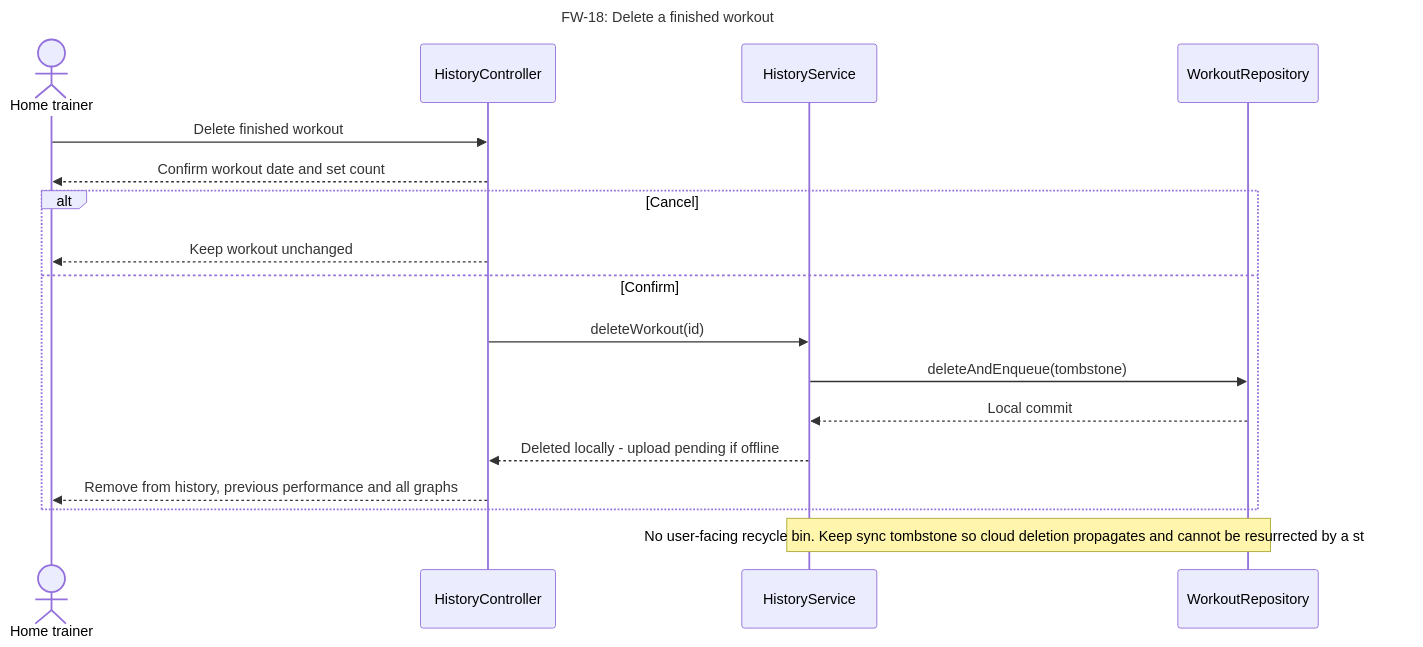
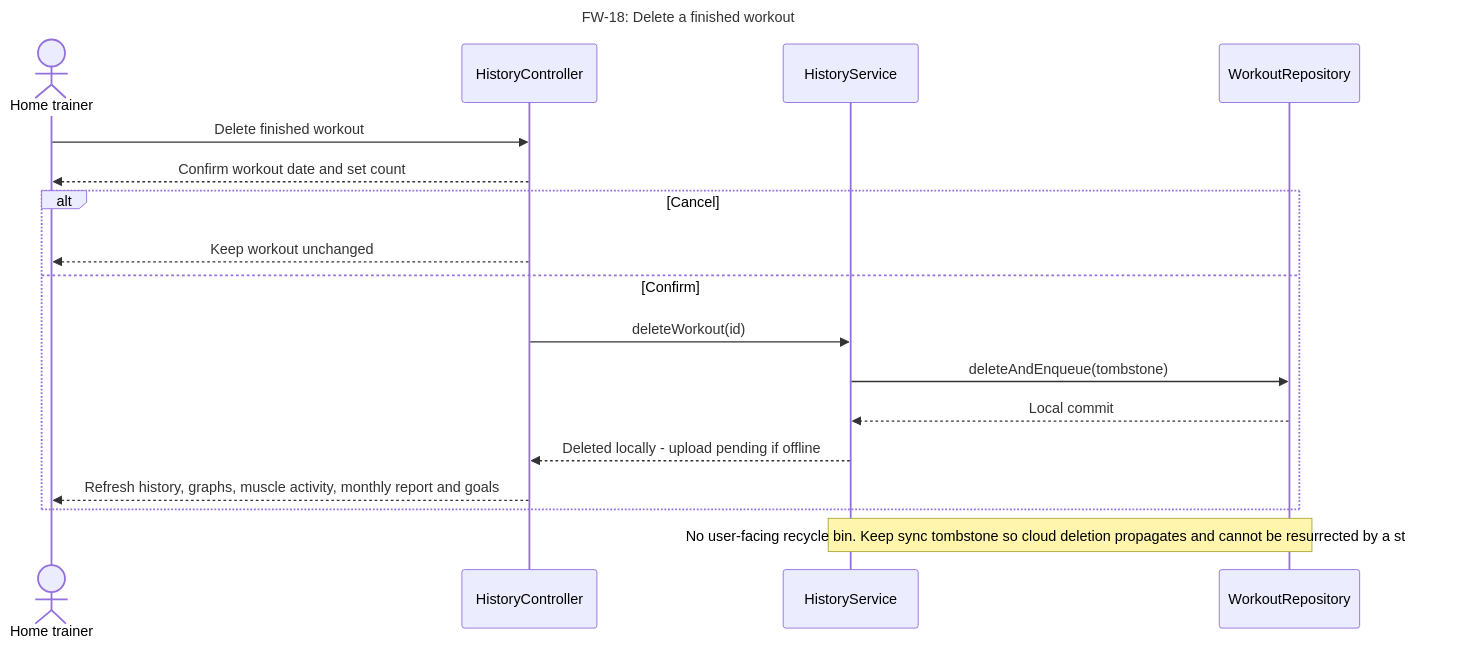
Before and after one commit to SebasLopez2005/SWEProject1: the diagram in docs/part2/design/diagrams/sequence/FW-18.mmd, drawn with Mermaid. The commit also changed 47 other files, not shown here.

```diff
--- a/docs/part2/design/diagrams/sequence/FW-18.mmd
+++ b/docs/part2/design/diagrams/sequence/FW-18.mmd
@@ -1,18 +1,18 @@
 sequenceDiagram
     title FW-18: Delete a finished workout
     actor U as Home trainer
     participant C as HistoryController
     participant S as HistoryService
     participant R as WorkoutRepository
     U->>C: Delete finished workout
     C-->>U: Confirm workout date and set count
     alt Cancel
      C-->>U: Keep workout unchanged
     else Confirm
      C->>S: deleteWorkout(id)
      S->>R: deleteAndEnqueue(tombstone)
      R-->>S: Local commit
      S-->>C: Deleted locally -  upload pending if offline
-     C-->>U: Remove from history, previous performance and all graphs
+     C-->>U: Refresh history, graphs, muscle activity, monthly report and goals
     end
     Note over S,R: No user-facing recycle bin. Keep sync tombstone so cloud deletion propagates and cannot be resurrected by a stale pull.
```
